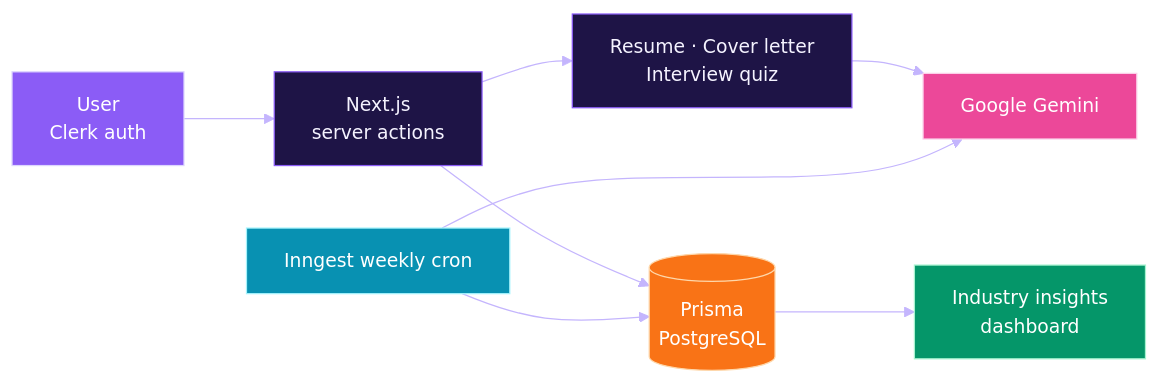
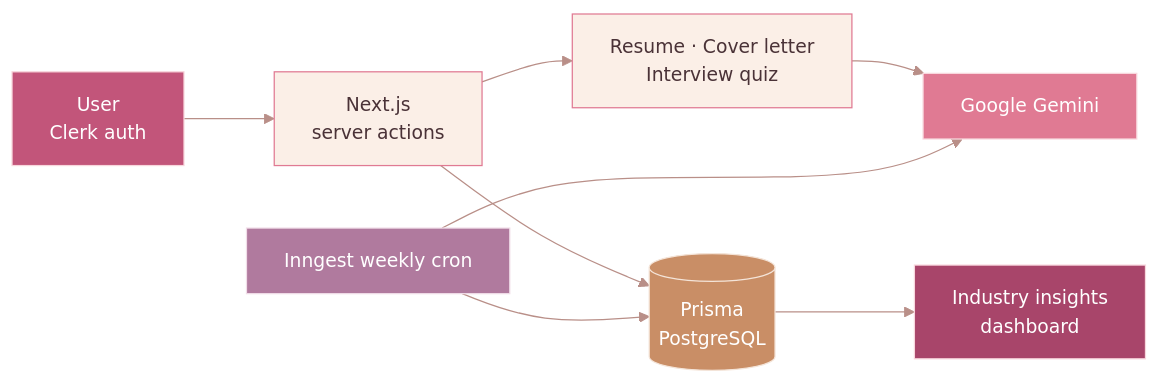
Before and after one commit to itzzshut/itzzshut: the second of 5 diagrams in README.md, drawn with Mermaid. The commit also changed other lines of this file and 7 other files, not shown here.

````diff
--- a/README.md
+++ b/README.md
@@ -150,18 +135,18 @@
 ```mermaid
-%%{init: {"theme":"base","themeVariables":{"lineColor":"#C4B5FD","edgeLabelBackground":"#1E1446","fontSize":"15px"}}}%%
+%%{init: {"theme":"base","themeVariables":{"lineColor":"#B98F88","edgeLabelBackground":"#FFF9F5","fontSize":"15px"}}}%%
 flowchart LR
     U["User<br>Clerk auth"] --> N["Next.js<br>server actions"]
     N --> R["Resume · Cover letter<br>Interview quiz"]
     R --> G["Google Gemini"]
     N --> P[("Prisma<br>PostgreSQL")]
     I["Inngest weekly cron"] --> G
     I --> P
     P --> D["Industry insights<br>dashboard"]
-    style U fill:#8B5CF6,stroke:#DDD6FE,color:#FFFFFF
-    style N fill:#1E1446,stroke:#8B5CF6,color:#F5F3FF
-    style R fill:#1E1446,stroke:#8B5CF6,color:#F5F3FF
-    style G fill:#EC4899,stroke:#FBCFE8,color:#FFFFFF
-    style P fill:#F97316,stroke:#FED7AA,color:#FFFFFF
-    style I fill:#0891B2,stroke:#A5F3FC,color:#FFFFFF
-    style D fill:#059669,stroke:#A7F3D0,color:#FFFFFF
+    style U fill:#C2557A,stroke:#F8D7DD,color:#FFFFFF
+    style N fill:#FBEFE7,stroke:#E07A93,color:#4A3237
+    style R fill:#FBEFE7,stroke:#E07A93,color:#4A3237
+    style G fill:#E07A93,stroke:#F8D7DD,color:#FFFFFF
+    style P fill:#C98E66,stroke:#F4E4D8,color:#FFFFFF
+    style I fill:#B07A9E,stroke:#F1DDE8,color:#FFFFFF
+    style D fill:#A8456A,stroke:#F8D7DD,color:#FFFFFF
 ```
````
